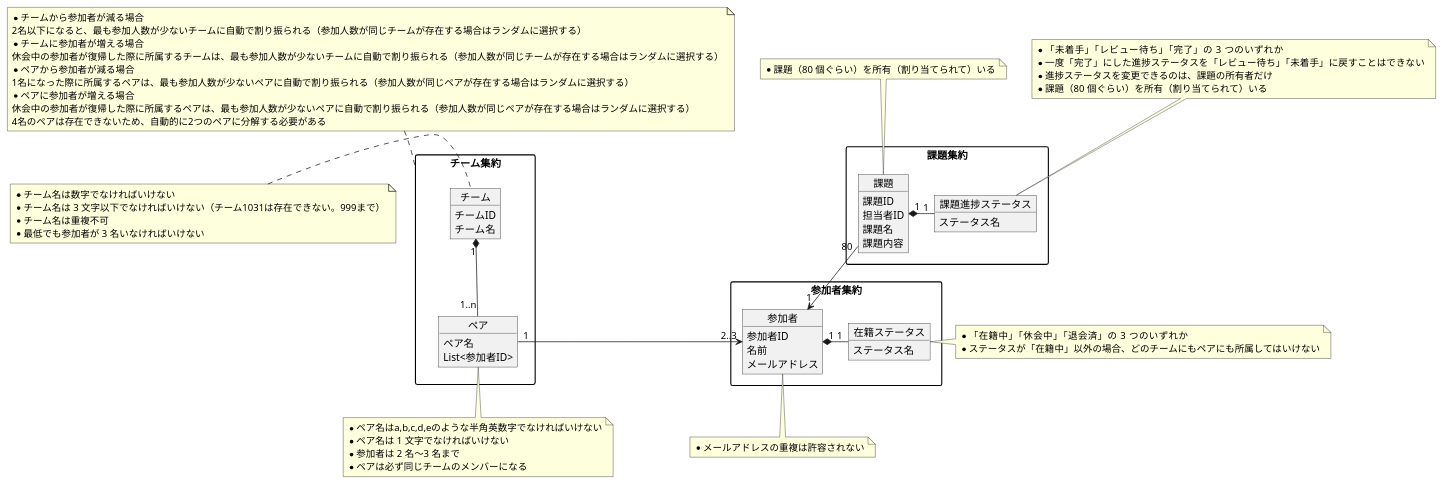
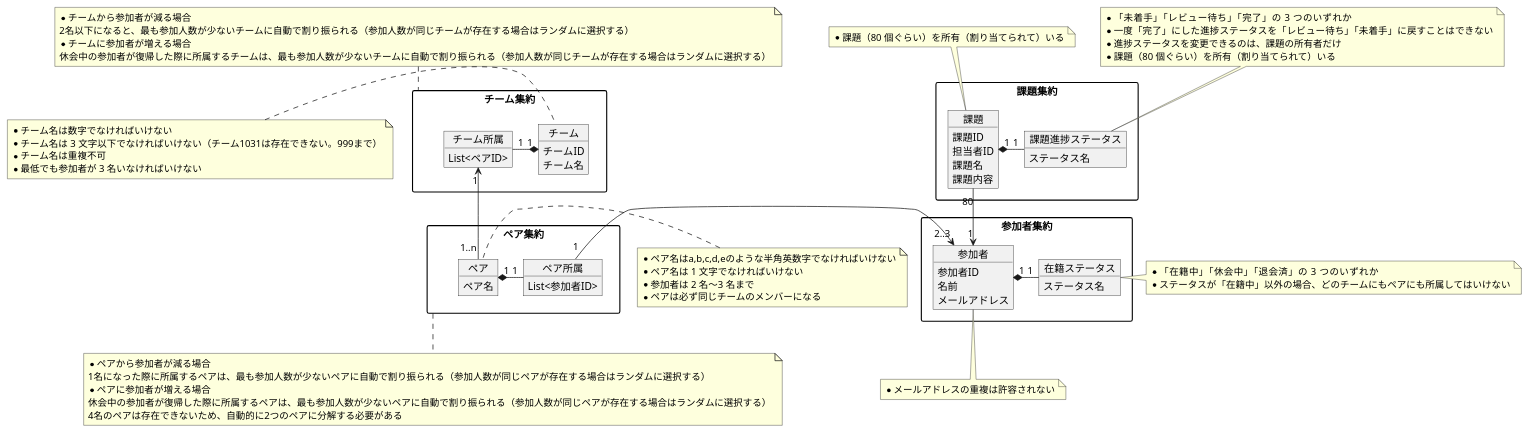
Before and after one commit to tsubasa1122/praha-challenge-ddd: the diagram in design/domain-model/domain-model.wsd, drawn with PlantUML. The commit also changed 1 other file, not shown here.

Commit message:
domainモデル図修正

```diff
--- a/design/domain-model/domain-model.wsd
+++ b/design/domain-model/domain-model.wsd
@@ -1,90 +1,105 @@
 @startuml praha-challenge
 skinparam PackageStyle rectangle
 
 package チーム集約 {
     object チーム {
         チームID
         チーム名
     }
+
+    object チーム所属 {
+        List<ペアID>
+    }
+}
+
+package ペア集約 {
     object ペア {
         ペア名
+    }
+
+    object ペア所属 {
         List<参加者ID>
     }
 }
 
 package 参加者集約 {
     object 参加者 {
         参加者ID
         名前
         メールアドレス
     }
     object 在籍ステータス {
         ステータス名
     }
 }
 
 package 課題集約 {
     object 課題 {
         課題ID
         担当者ID
         課題名
         課題内容
     }
     object 課題進捗ステータス {
         ステータス名
     }
 }
 
 note top of チーム集約
     * チームから参加者が減る場合
     2名以下になると、最も参加人数が少ないチームに自動で割り振られる（参加人数が同じチームが存在する場合はランダムに選択する）
     * チームに参加者が増える場合
     休会中の参加者が復帰した際に所属するチームは、最も参加人数が少ないチームに自動で割り振られる（参加人数が同じチームが存在する場合はランダムに選択する）
+end note
+
+note bottom of ペア集約
     * ペアから参加者が減る場合
     1名になった際に所属するペアは、最も参加人数が少ないペアに自動で割り振られる（参加人数が同じペアが存在する場合はランダムに選択する）
     * ペアに参加者が増える場合
     休会中の参加者が復帰した際に所属するペアは、最も参加人数が少ないペアに自動で割り振られる（参加人数が同じペアが存在する場合はランダムに選択する）
     4名のペアは存在できないため、自動的に2つのペアに分解する必要がある
 end note
 
 note left of チーム
     * チーム名は数字でなければいけない
     * チーム名は 3 文字以下でなければいけない（チーム1031は存在できない。999まで）
     * チーム名は重複不可
     * 最低でも参加者が 3 名いなければいけない
 end note
 
-note bottom of ペア
+note left of ペア
     * ペア名はa,b,c,d,eのような半角英数字でなければいけない
     * ペア名は 1 文字でなければいけない
     * 参加者は 2 名〜3 名まで
     * ペアは必ず同じチームのメンバーになる
 end note
 
 note bottom of 参加者
     * メールアドレスの重複は許容されない
 end note
 
 note right of 在籍ステータス
     * 「在籍中」「休会中」「退会済」の 3 つのいずれか
     * ステータスが「在籍中」以外の場合、どのチームにもペアにも所属してはいけない
 end note
 
 note top of 課題
     * 課題（80 個ぐらい）を所有（割り当てられて）いる
 end note
 
 note top of 課題進捗ステータス
     * 「未着手」「レビュー待ち」「完了」の 3 つのいずれか
     * 一度「完了」にした進捗ステータスを「レビュー待ち」「未着手」に戻すことはできない
     * 進捗ステータスを変更できるのは、課題の所有者だけ
     * 課題（80 個ぐらい）を所有（割り当てられて）いる
 end note
 
 課題 "1" *-left- "1" 課題進捗ステータス
 参加者 "1" <-up- "80" 課題
 在籍ステータス "1" -left-* "1" 参加者
-参加者 "2..3" <-right- "1" ペア
-チーム "1" *-down- "1..n" ペア
+参加者 "2..3" <-right- "1" ペア所属
+ペア "1" *-right- "1" ペア所属
+チーム所属 "1" <-down- "1..n" ペア
+チーム "1" *-left- "1" チーム所属
 
 @enduml
```
